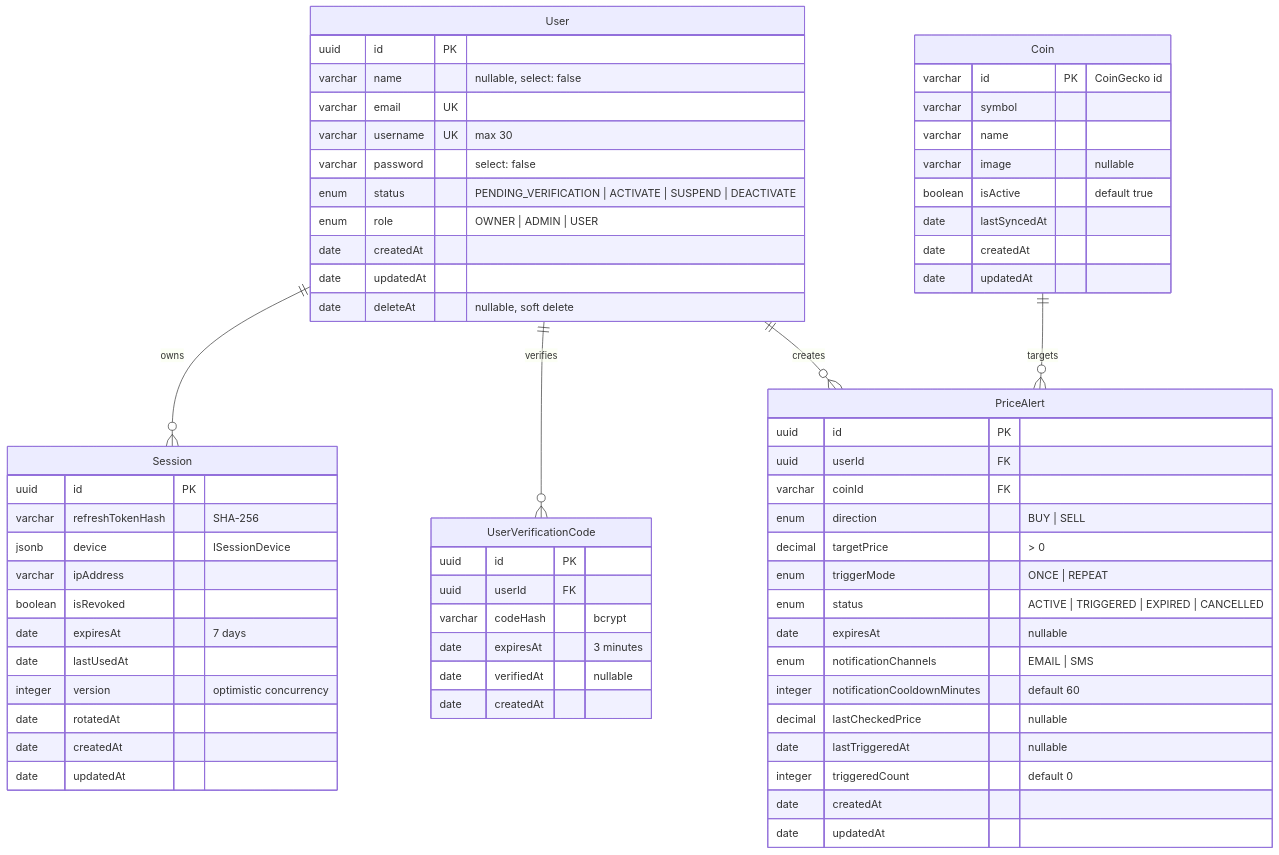
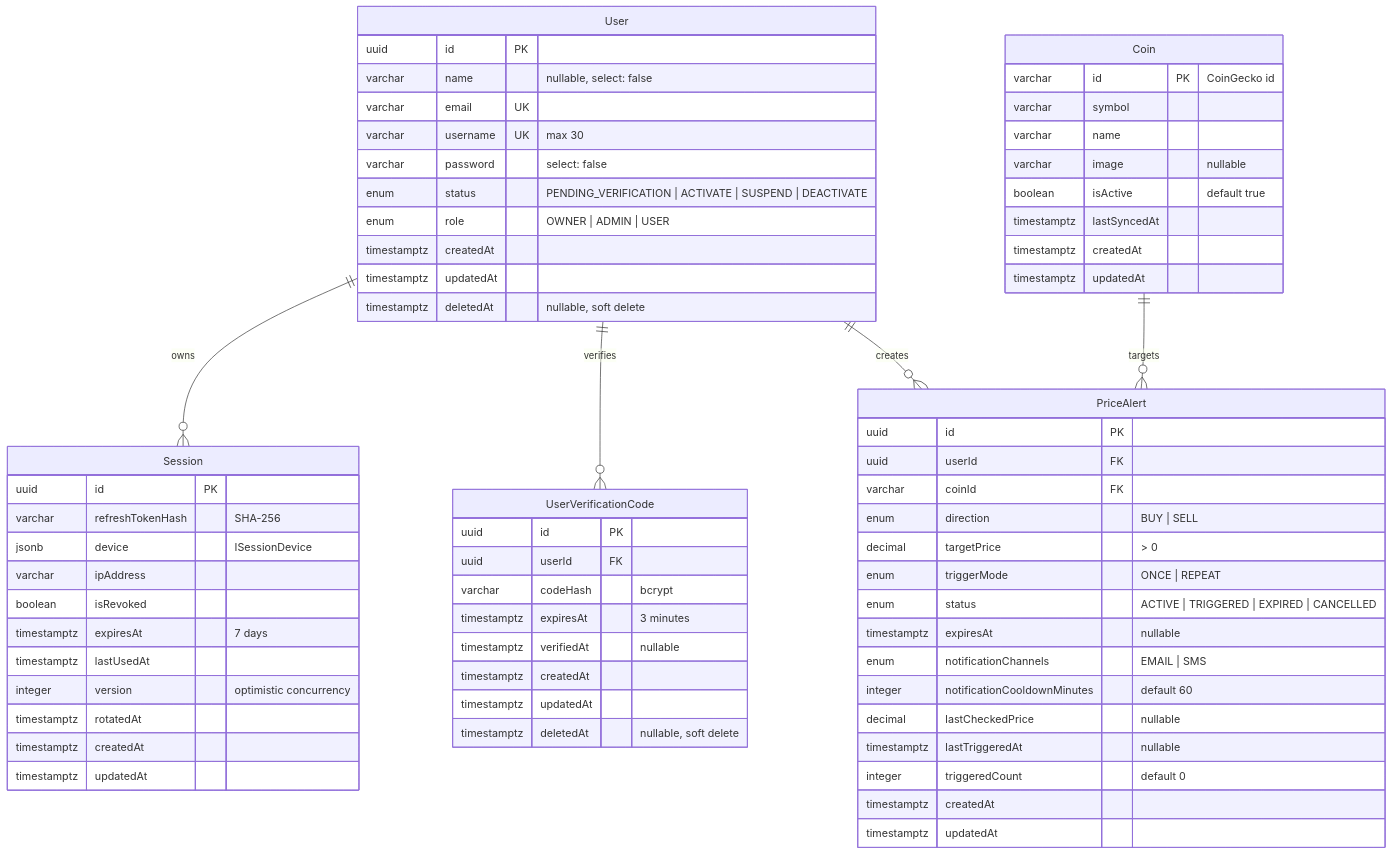
The sixth of 9 diagrams in docs/diagrams.md (l1mindr/nest-backend), drawn with Mermaid before and after one commit. The commit also changed other lines of this file and 4 other files, not shown here.

````diff
--- a/docs/diagrams.md
+++ b/docs/diagrams.md
@@ -210,72 +210,74 @@
 ```mermaid
 erDiagram
     User ||--o{ Session : owns
     User ||--o{ UserVerificationCode : verifies
     User ||--o{ PriceAlert : creates
     Coin ||--o{ PriceAlert : targets
 
     User {
         uuid id PK
         varchar name "nullable, select: false"
         varchar email UK
         varchar username UK "max 30"
         varchar password "select: false"
         enum status "PENDING_VERIFICATION | ACTIVATE | SUSPEND | DEACTIVATE"
         enum role "OWNER | ADMIN | USER"
-        date createdAt
-        date updatedAt
-        date deleteAt "nullable, soft delete"
+        timestamptz createdAt
+        timestamptz updatedAt
+        timestamptz deletedAt "nullable, soft delete"
     }
 
     Session {
         uuid id PK
         varchar refreshTokenHash "SHA-256"
         jsonb device "ISessionDevice"
         varchar ipAddress
         boolean isRevoked
-        date expiresAt "7 days"
-        date lastUsedAt
+        timestamptz expiresAt "7 days"
+        timestamptz lastUsedAt
         integer version "optimistic concurrency"
-        date rotatedAt
-        date createdAt
-        date updatedAt
+        timestamptz rotatedAt
+        timestamptz createdAt
+        timestamptz updatedAt
     }
 
     UserVerificationCode {
         uuid id PK
         uuid userId FK
         varchar codeHash "bcrypt"
-        date expiresAt "3 minutes"
-        date verifiedAt "nullable"
-        date createdAt
+        timestamptz expiresAt "3 minutes"
+        timestamptz verifiedAt "nullable"
+        timestamptz createdAt
+        timestamptz updatedAt
+        timestamptz deletedAt "nullable, soft delete"
     }
 
     Coin {
         varchar id PK "CoinGecko id"
         varchar symbol
         varchar name
         varchar image "nullable"
         boolean isActive "default true"
-        date lastSyncedAt
-        date createdAt
-        date updatedAt
+        timestamptz lastSyncedAt
+        timestamptz createdAt
+        timestamptz updatedAt
     }
 
     PriceAlert {
         uuid id PK
         uuid userId FK
         varchar coinId FK
         enum direction "BUY | SELL"
         decimal targetPrice "> 0"
         enum triggerMode "ONCE | REPEAT"
         enum status "ACTIVE | TRIGGERED | EXPIRED | CANCELLED"
-        date expiresAt "nullable"
+        timestamptz expiresAt "nullable"
         enum notificationChannels "EMAIL | SMS"
         integer notificationCooldownMinutes "default 60"
         decimal lastCheckedPrice "nullable"
-        date lastTriggeredAt "nullable"
+        timestamptz lastTriggeredAt "nullable"
         integer triggeredCount "default 0"
-        date createdAt
-        date updatedAt
+        timestamptz createdAt
+        timestamptz updatedAt
     }
 ```
````
